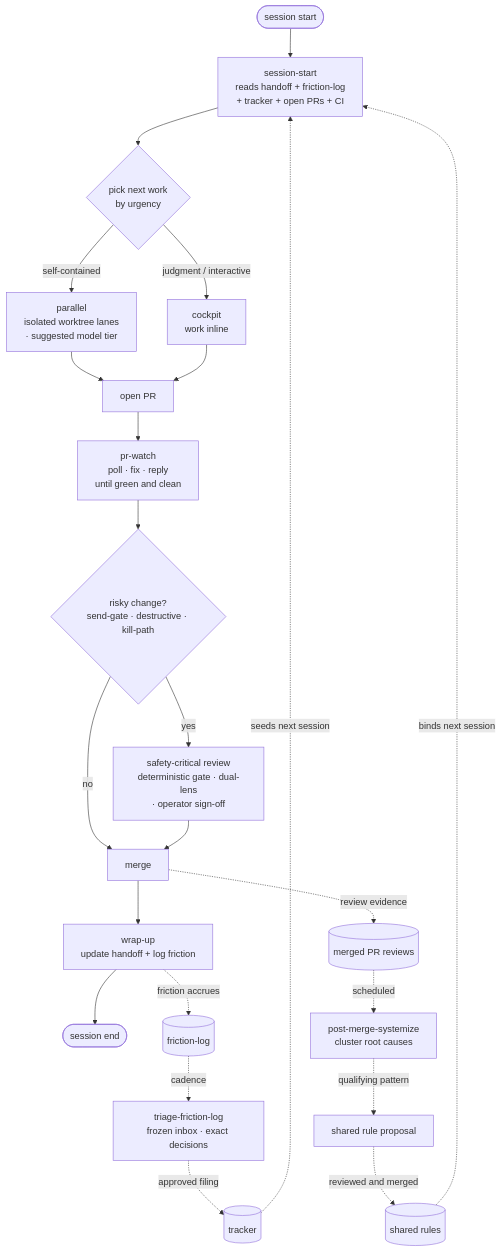
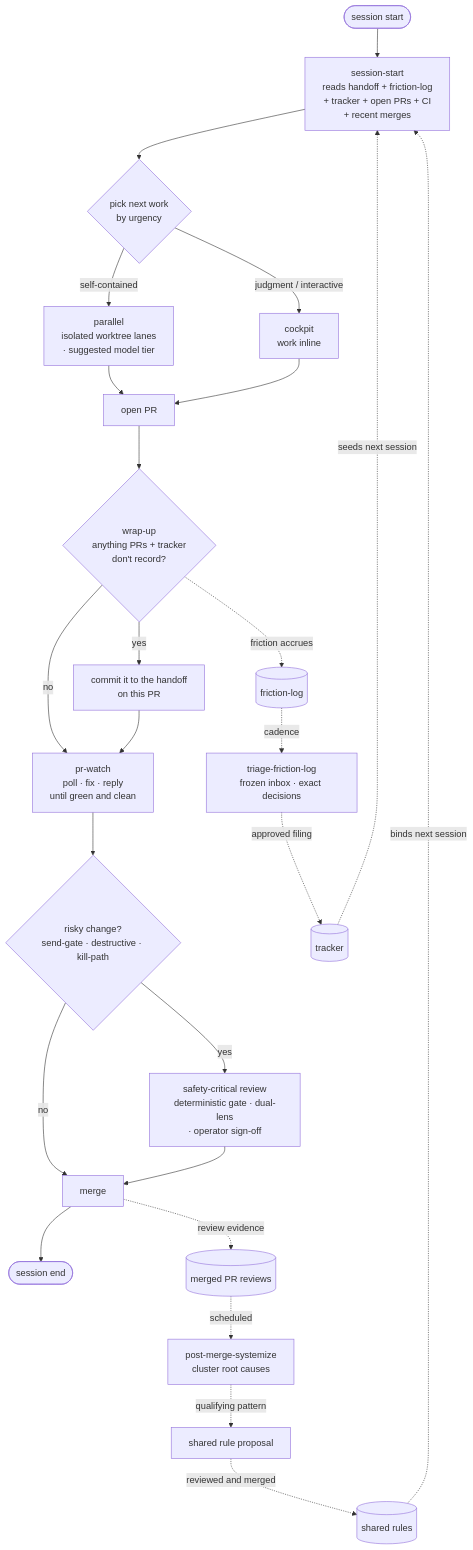
The diagram in README.md (topij/agentic-dev-kit), drawn with Mermaid before and after one commit. The commit also changed other lines of this file and 23 other files, not shown here.

First line of the commit message:
wrap-up: commit only what nothing else records, on the session's own PR (#1196)

````diff
--- a/README.md
+++ b/README.md
@@ -64,26 +64,28 @@
 ```mermaid
 flowchart TD
-    A([session start]) --> B["session-start<br/>reads handoff + friction-log<br/>+ tracker + open PRs + CI"]
+    A([session start]) --> B["session-start<br/>reads handoff + friction-log<br/>+ tracker + open PRs + CI<br/>+ recent merges"]
     B --> C{"pick next work<br/>by urgency"}
     C -->|self-contained| D["parallel<br/>isolated worktree lanes<br/>· suggested model tier"]
     C -->|judgment / interactive| E["cockpit<br/>work inline"]
     D --> F["open PR"]
     E --> F
-    F --> G["pr-watch<br/>poll · fix · reply<br/>until green and clean"]
+    F --> K{"wrap-up<br/>anything PRs + tracker<br/>don't record?"}
+    K -->|yes| K2["commit it to the handoff<br/>on this PR"]
+    K -->|no| G
+    K2 --> G["pr-watch<br/>poll · fix · reply<br/>until green and clean"]
     G --> H{"risky change?<br/>send-gate · destructive · kill-path"}
     H -->|yes| I["safety-critical review<br/>deterministic gate · dual-lens<br/>· operator sign-off"]
     H -->|no| J["merge"]
     I --> J
-    J --> K["wrap-up<br/>update handoff + log friction"]
+    J --> L([session end])
     J -. review evidence .-> R[(merged PR reviews)]
-    K --> L([session end])
 
     K -. friction accrues .-> M[(friction-log)]
     M -. cadence .-> N["triage-friction-log<br/>frozen inbox · exact decisions"]
     R[(merged PR reviews)] -. scheduled .-> O["post-merge-systemize<br/>cluster root causes"]
     N -. approved filing .-> P[(tracker)]
     O -. qualifying pattern .-> Q["shared rule proposal"]
     Q -. reviewed and merged .-> S[(shared rules)]
     P -. seeds next session .-> B
     S -. binds next session .-> B
 ```
````
